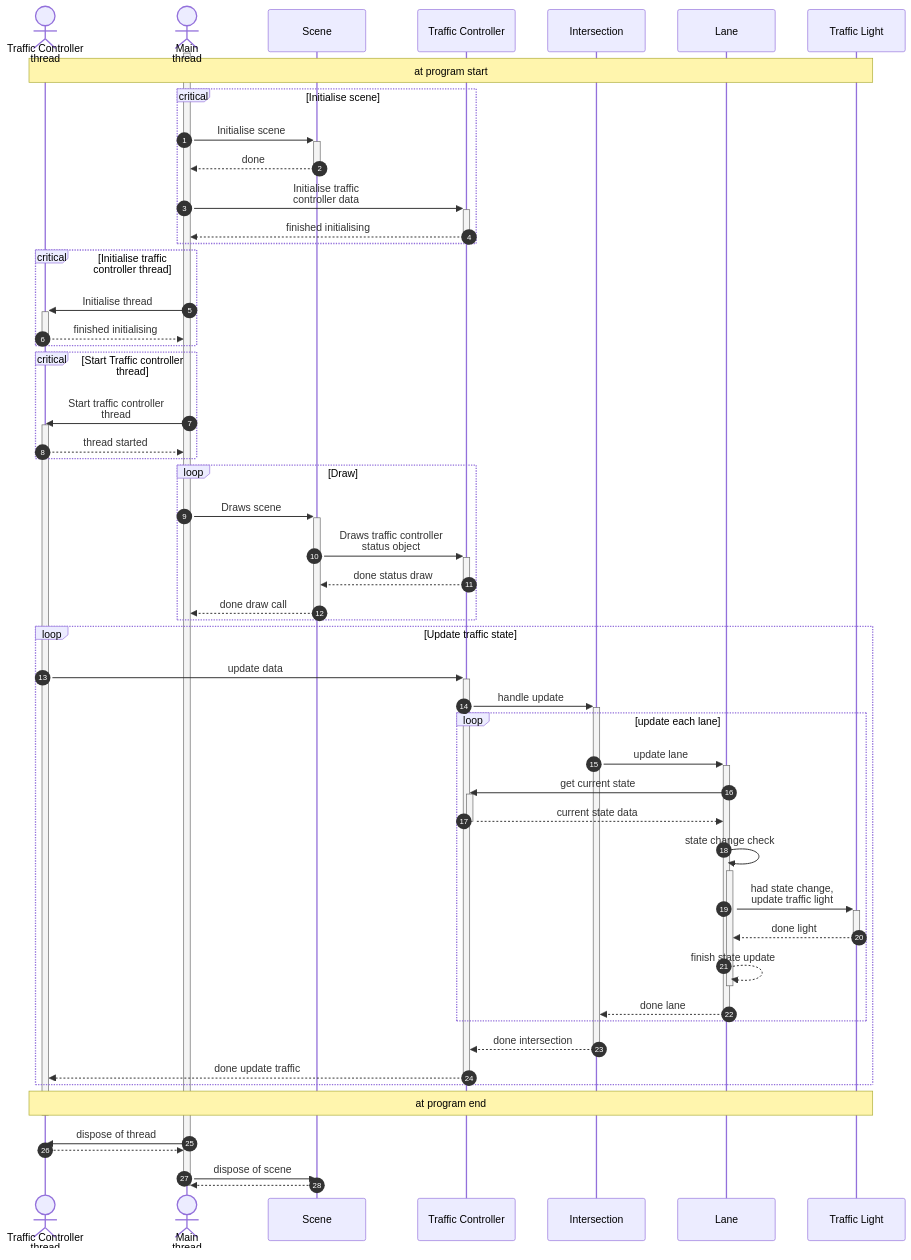
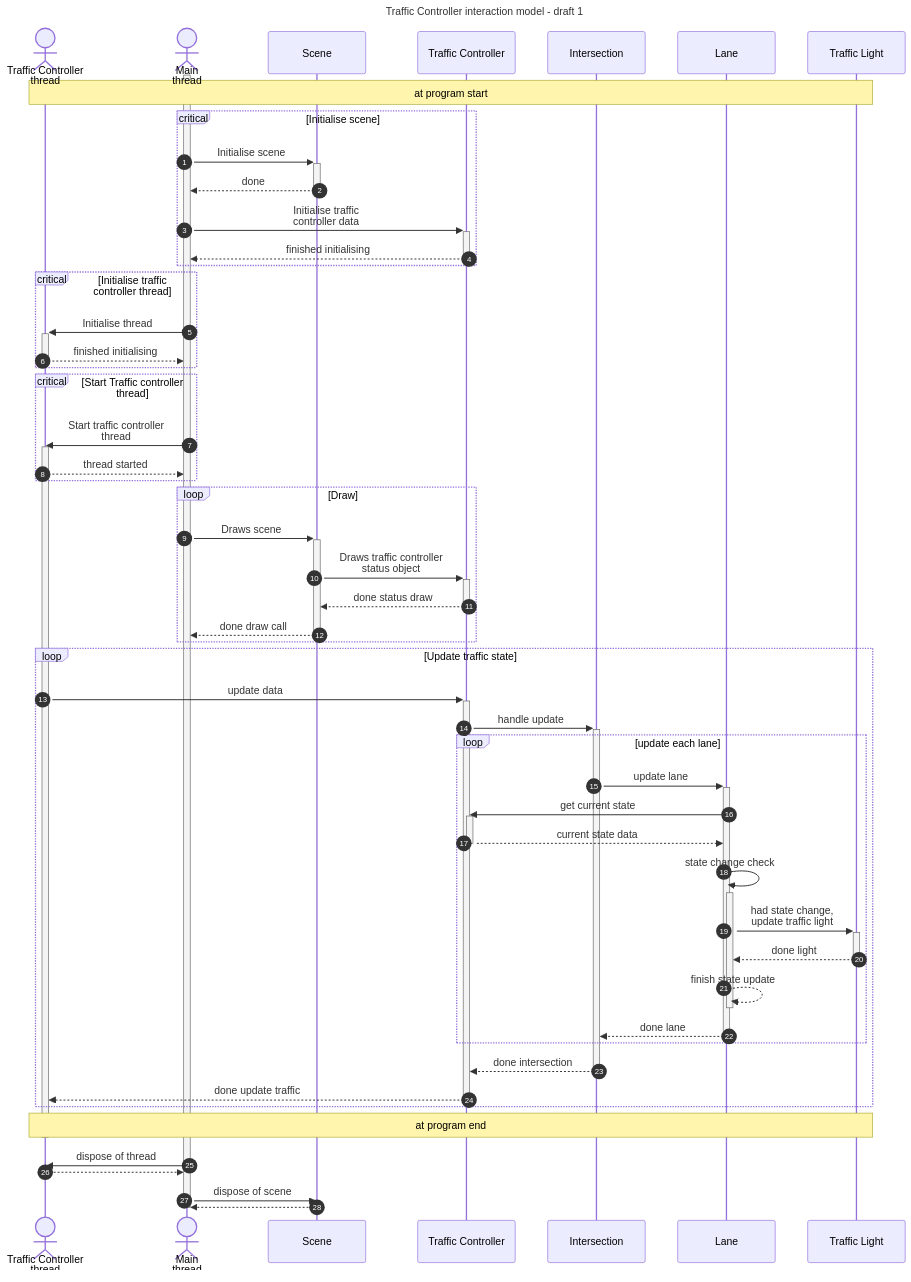
The sixth of 11 diagrams in docs/docs_01_conceptual.md (corbeau217/cpp_opengl_vehicles), drawn with Mermaid before and after one commit. The commit also changed other lines of this file and 1 other file, not shown here.

````diff
--- a/docs/docs_01_conceptual.md
+++ b/docs/docs_01_conceptual.md
@@ -936,70 +942,73 @@
 ```mermaid
+---
+title: Traffic Controller interaction model - draft 1
+---
 sequenceDiagram
     autonumber
     %% -------------------------------------------------
     Actor TRAFFICTHREAD as Traffic Controller<br>thread
     Actor MAINTHREAD as Main<br>thread
     participant SCENE as Scene
     participant TRAFFICCONTROLLER as Traffic Controller
     participant INTERSECTION as Intersection
     participant LANE as Lane
     participant TRAFFICLIGHT as Traffic Light
     %% ...
     %% -------------------------------------------------
     %% -------------------------------------------------
     activate MAINTHREAD
     note over TRAFFICTHREAD,TRAFFICLIGHT: at program start
     %% -------------------------------------------------
     critical Initialise scene
     MAINTHREAD ->>+ SCENE : Initialise scene
     SCENE -->>- MAINTHREAD : done
     MAINTHREAD ->>+ TRAFFICCONTROLLER : Initialise traffic<br>controller data
     TRAFFICCONTROLLER -->>- MAINTHREAD : finished initialising
     end
     %% -------------------------------------------------
     critical Initialise traffic controller thread
     MAINTHREAD ->>+ TRAFFICTHREAD : Initialise thread
     TRAFFICTHREAD -->>- MAINTHREAD : finished initialising
     end
     %% -------------------------------------------------
     critical Start Traffic controller thread
     MAINTHREAD ->> TRAFFICTHREAD : Start traffic controller<br>thread
     activate TRAFFICTHREAD
     TRAFFICTHREAD -->> MAINTHREAD : thread started
     end
     %% -------------------------------------------------
     loop Draw
     MAINTHREAD ->>+ SCENE : Draws scene
     SCENE ->>+ TRAFFICCONTROLLER : Draws traffic controller<br>status object
     TRAFFICCONTROLLER -->>- SCENE : done status draw
     SCENE -->>- MAINTHREAD : done draw call
     end
     %% -------------------------------------------------
     loop Update traffic state
     TRAFFICTHREAD ->>+ TRAFFICCONTROLLER : update data
     TRAFFICCONTROLLER ->>+ INTERSECTION : handle update
     loop update each lane
     INTERSECTION ->>+ LANE : update lane
     LANE ->>+ TRAFFICCONTROLLER : get current state
     TRAFFICCONTROLLER -->>- LANE : current state data
     LANE ->>+ LANE : state change check
     LANE ->>+ TRAFFICLIGHT : had state change,<br>update traffic light
     TRAFFICLIGHT -->>- LANE : done light
     LANE -->>- LANE : finish state update
     LANE -->>- INTERSECTION : done lane
     end
     INTERSECTION -->>- TRAFFICCONTROLLER : done intersection
     TRAFFICCONTROLLER -->>- TRAFFICTHREAD : done update traffic
     end
     %% -------------------------------------------------
     %% -------------------------------------------------
     note over TRAFFICTHREAD,TRAFFICLIGHT: at program end
     %% -------------------------------------------------
     deactivate TRAFFICTHREAD
     MAINTHREAD ->> TRAFFICTHREAD : dispose of thread
     TRAFFICTHREAD -->> MAINTHREAD : 
     MAINTHREAD ->> SCENE : dispose of scene
     SCENE -->> MAINTHREAD : 
     deactivate MAINTHREAD
     %% -------------------------------------------------
 ```
````
